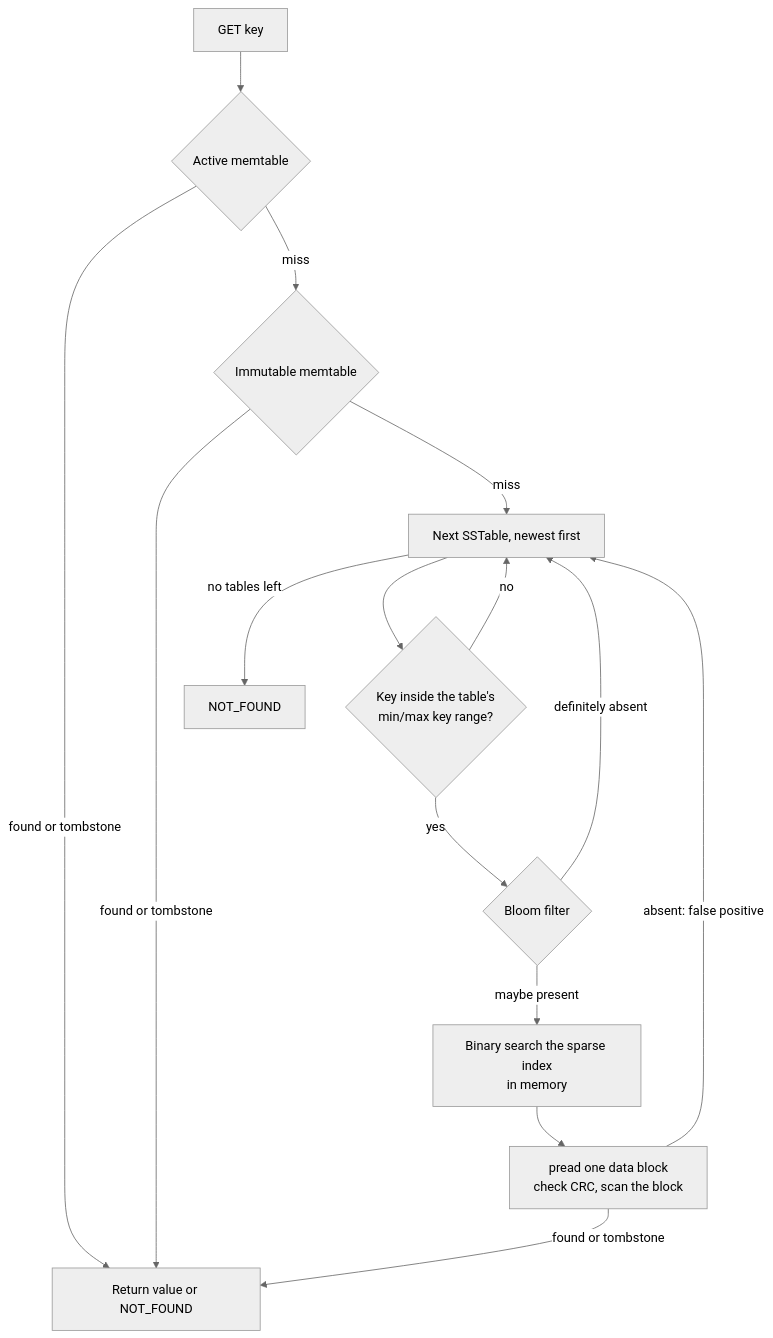
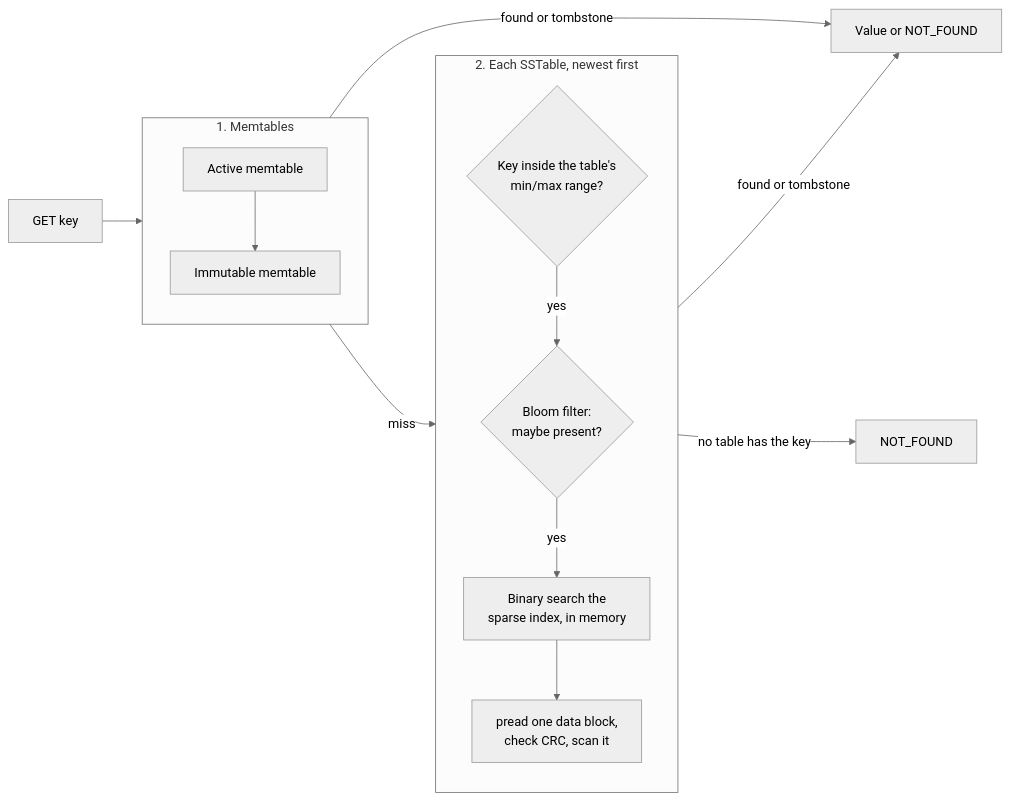
One commit to byteKumar/lsm-kv-store changed the second of 3 diagrams in README.md. Above: the diagram before and after it, drawn with Mermaid (neutral theme). The commit also changed other lines of this file, not shown here.

Commit message:
Make README diagrams fit on GitHub

````diff
--- a/README.md
+++ b/README.md
@@ -38,17 +39,17 @@
 ```mermaid
-flowchart TD
-    G["GET key"] --> M{"Active memtable"}
-    M -- "found or tombstone" --> R["Return value or NOT_FOUND"]
-    M -- "miss" --> I{"Immutable memtable"}
-    I -- "found or tombstone" --> R
-    I -- "miss" --> T["Next SSTable, newest first"]
-    T -- "no tables left" --> NF["NOT_FOUND"]
-    T --> K{"Key inside the table's<br/>min/max key range?"}
-    K -- "no" --> T
-    K -- "yes" --> B{"Bloom filter"}
-    B -- "definitely absent" --> T
-    B -- "maybe present" --> X["Binary search the sparse index<br/>in memory"]
-    X --> BL["pread one data block<br/>check CRC, scan the block"]
-    BL -- "found or tombstone" --> R
-    BL -- "absent: false positive" --> T
+flowchart LR
+    G["GET key"]
+    subgraph MEM["1. Memtables"]
+        direction TB
+        M["Active memtable"] --> I["Immutable memtable"]
+    end
+    subgraph SST["2. Each SSTable, newest first"]
+        direction TB
+        K{"Key inside the table's<br/>min/max range?"} -- "yes" --> B{"Bloom filter:<br/>maybe present?"} -- "yes" --> X["Binary search the<br/>sparse index, in memory"] --> BL["pread one data block,<br/>check CRC, scan it"]
+    end
+    G --> MEM
+    MEM -- "miss" --> SST
+    MEM -- "found or tombstone" --> R["Value or NOT_FOUND"]
+    SST -- "found or tombstone" --> R
+    SST -- "no table has the key" --> NF["NOT_FOUND"]
 ```
````
